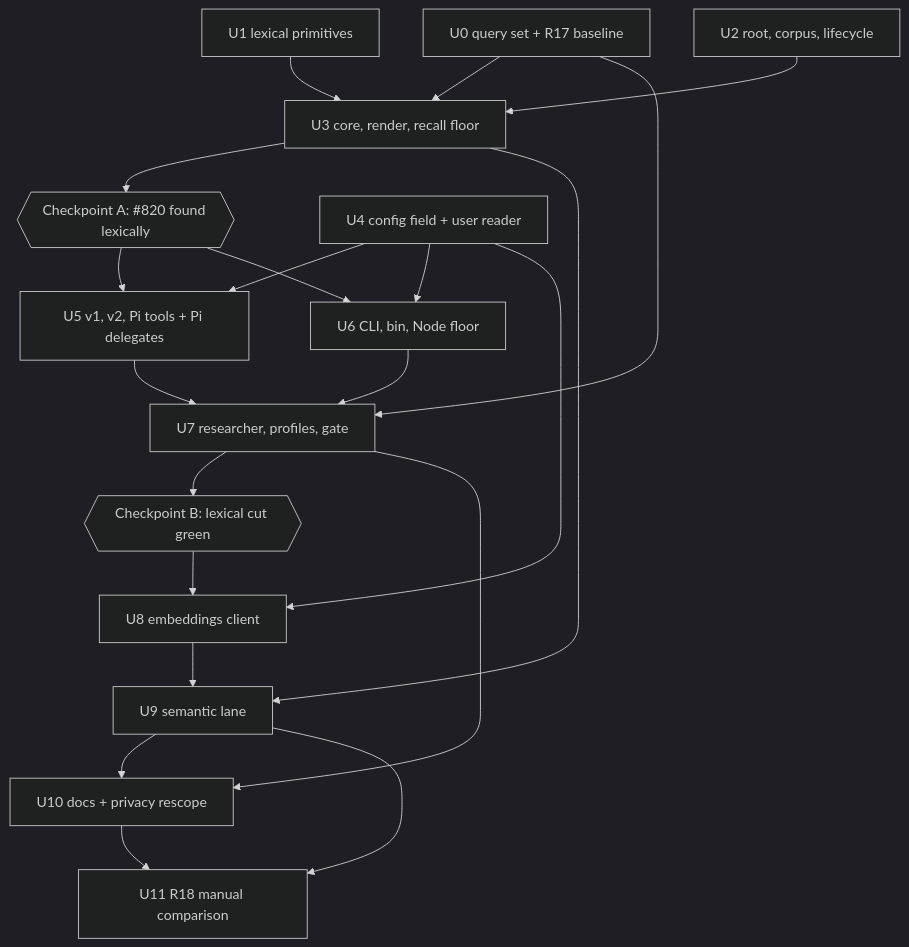
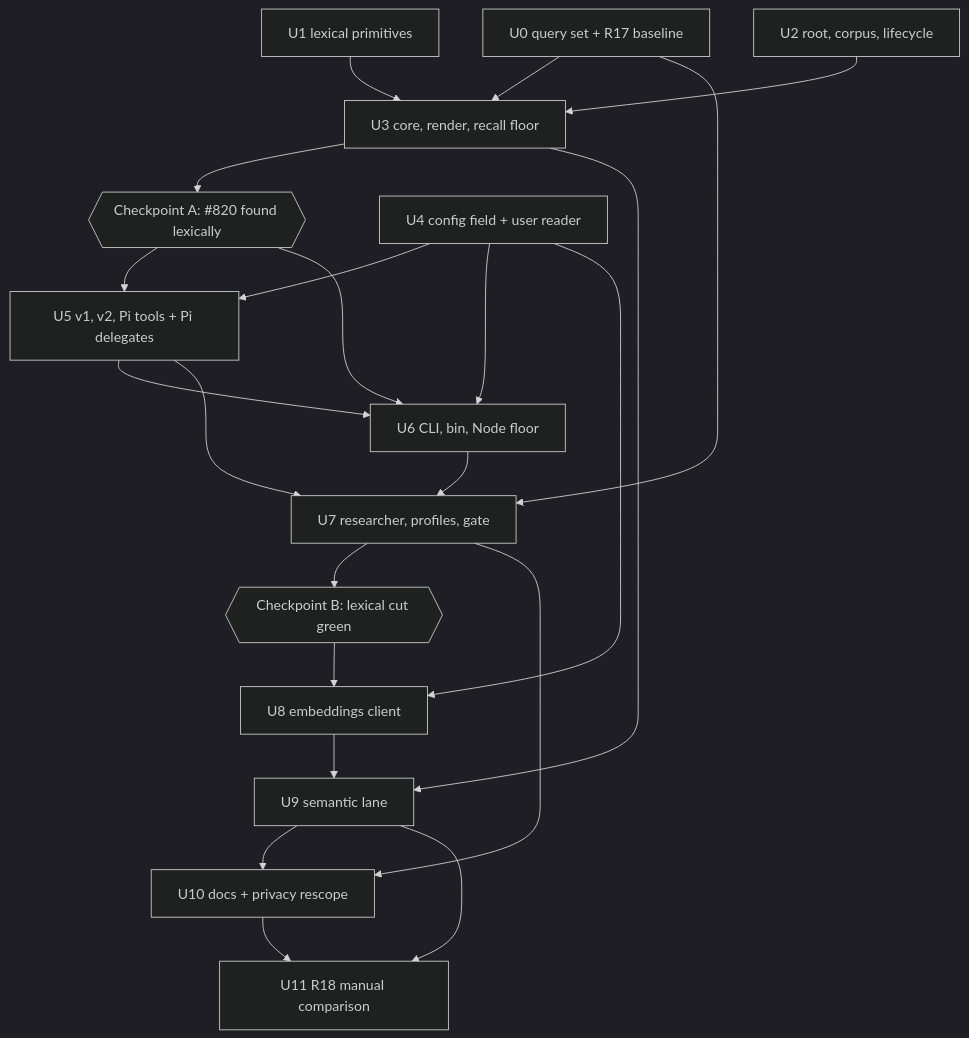
One commit to marcusrbrown/systematic changed the first of 2 diagrams in docs/plans/2026-10-29-001-feat-durable-output-search-plan.md. Above: the diagram before and after it, drawn with Mermaid (dark theme). The commit also changed other lines of this file, not shown here.

````diff
--- a/docs/plans/2026-10-29-001-feat-durable-output-search-plan.md
+++ b/docs/plans/2026-10-29-001-feat-durable-output-search-plan.md
@@ -288,24 +301,25 @@
 ```mermaid
 flowchart TB
   U0["U0 query set + R17 baseline"] --> U3
   U1["U1 lexical primitives"] --> U3
   U2["U2 root, corpus, lifecycle"] --> U3
   U3["U3 core, render, recall floor"] --> CPA{{"Checkpoint A: #820 found lexically"}}
   CPA --> U5
   U4["U4 config field + user reader"] --> U5
   CPA --> U6
   U4 --> U6
-  U5["U5 v1, v2, Pi tools + Pi delegates"] --> U7
+  U5["U5 v1, v2, Pi tools + Pi delegates"] --> U6
+  U5 --> U7
   U6["U6 CLI, bin, Node floor"] --> U7
   U0 --> U7
   U7["U7 researcher, profiles, gate"] --> CPB{{"Checkpoint B: lexical cut green"}}
   CPB --> U8
   U4 --> U8
   U8["U8 embeddings client"] --> U9
   U3 --> U9
   U9["U9 semantic lane"] --> U10
   U7 --> U10
   U10["U10 docs + privacy rescope"] --> U11
   U9 --> U11
   U11["U11 R18 manual comparison"]
 ```
````
